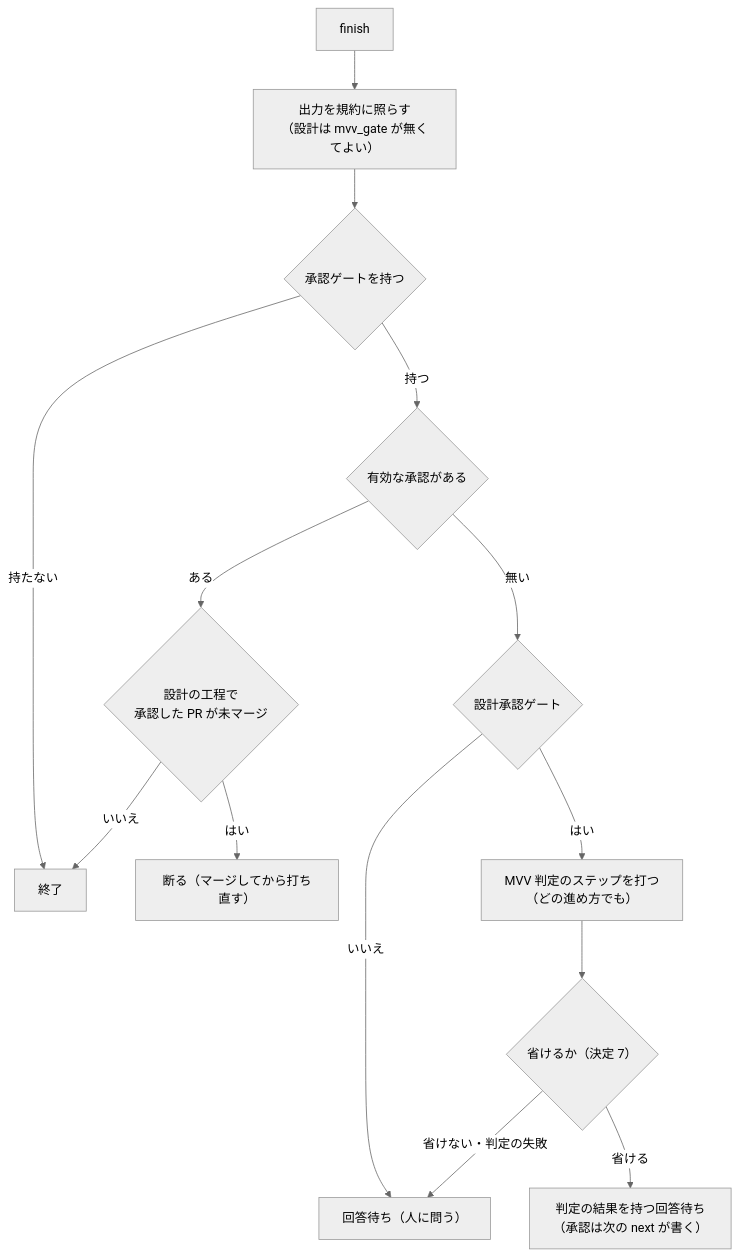
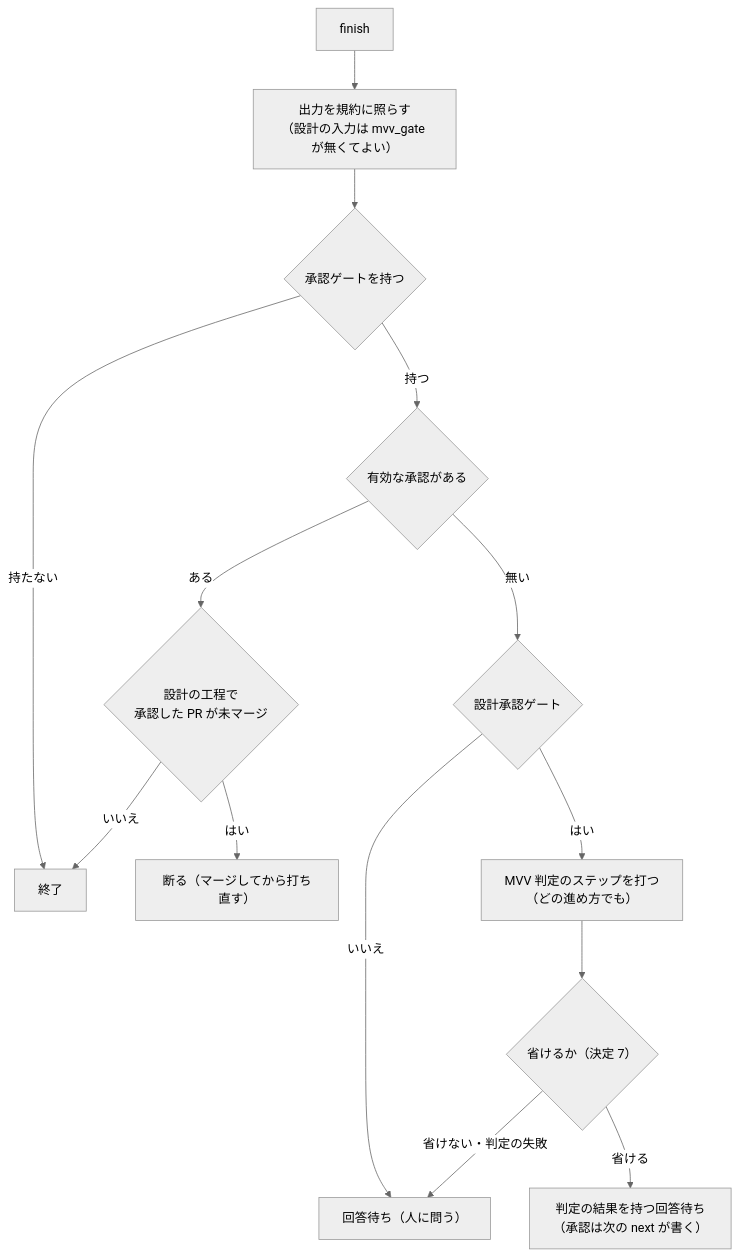
One commit to devbasex/ai-plugins changed the fifth of 5 diagrams in issues/issue-4520-design.md. Above: the diagram before and after it, drawn with Mermaid (neutral theme). The commit also changed other lines of this file and 3 other files, not shown here.

````diff
--- a/issues/issue-4520-design.md
+++ b/issues/issue-4520-design.md
@@ -264,16 +272,16 @@
 ```mermaid
 graph TD
-  F["finish"] --> O["出力を規約に照らす<br/>（設計は mvv_gate が無くてよい）"]
+  F["finish"] --> O["出力を規約に照らす<br/>（設計の入力は mvv_gate が無くてよい）"]
   O --> G{"承認ゲートを持つ"}
   G -- "持たない" --> DONE["終了"]
   G -- "持つ" --> A{"有効な承認がある"}
   A -- "ある" --> M{"設計の工程で<br/>承認した PR が未マージ"}
   M -- "はい" --> R["断る（マージしてから打ち直す）"]
   M -- "いいえ" --> DONE
   A -- "無い" --> D{"設計承認ゲート"}
   D -- "いいえ" --> H["回答待ち（人に問う）"]
   D -- "はい" --> J["MVV 判定のステップを打つ<br/>（どの進め方でも）"]
   J --> V{"省けるか（決定 7）"}
   V -- "省ける" --> S["判定の結果を持つ回答待ち<br/>（承認は次の next が書く）"]
   V -- "省けない・判定の失敗" --> H
 ```
````
